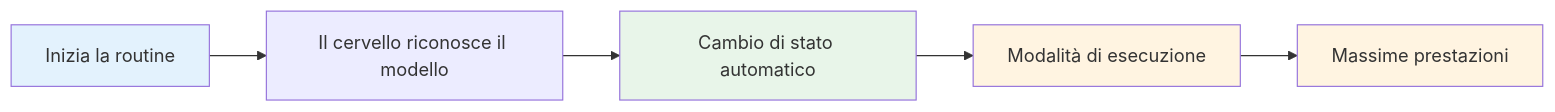
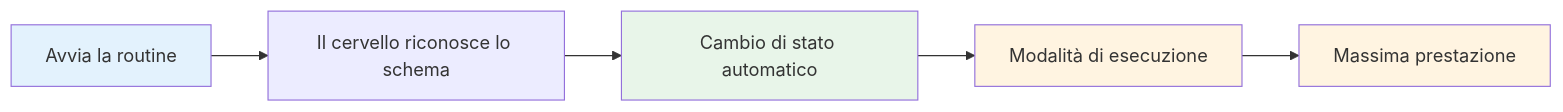
Before and after one commit to patwii/petanque-academy: the diagram in docs/it/education/mental-strength/pre-shot-routine.md, drawn with Mermaid. The commit also changed other lines of this file and 532 other files, not shown here.

````diff
--- a/docs/it/education/mental-strength/pre-shot-routine.md
+++ b/docs/it/education/mental-strength/pre-shot-routine.md
@@ -11,12 +11,12 @@
 ```mermaid
 graph LR
-    A[Inizia la routine] --> B[Il cervello riconosce il modello]
+    A[Avvia la routine] --> B[Il cervello riconosce lo schema]
     B --> C[Cambio di stato automatico]
     C --> D[Modalità di esecuzione]
-    D --> E[Massime prestazioni]
+    D --> E[Massima prestazione]
 
     style A fill:#e3f2fd
     style C fill:#e8f5e9
     style D fill:#fff4e1
     style E fill:#fff4e1
 ```
````
